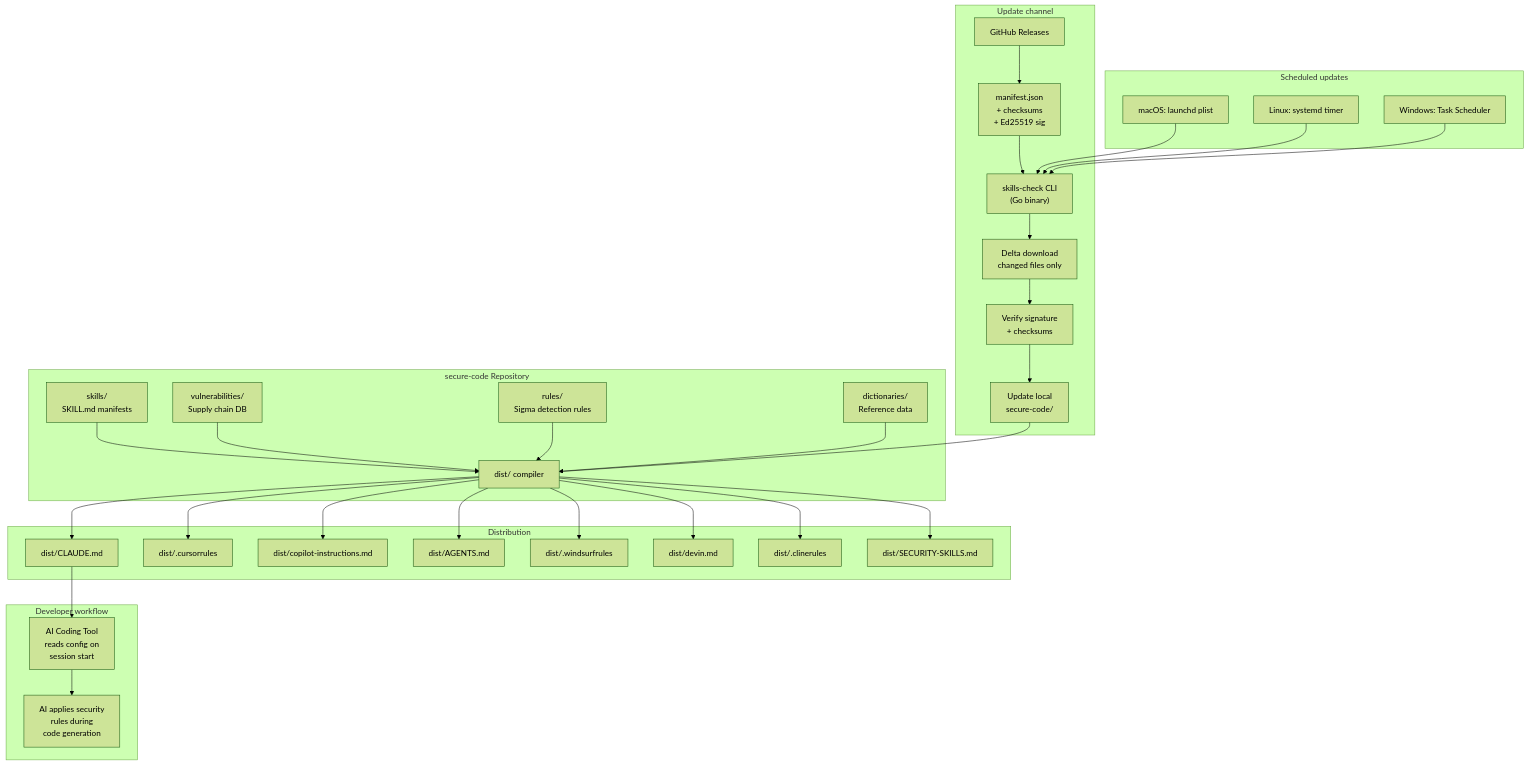
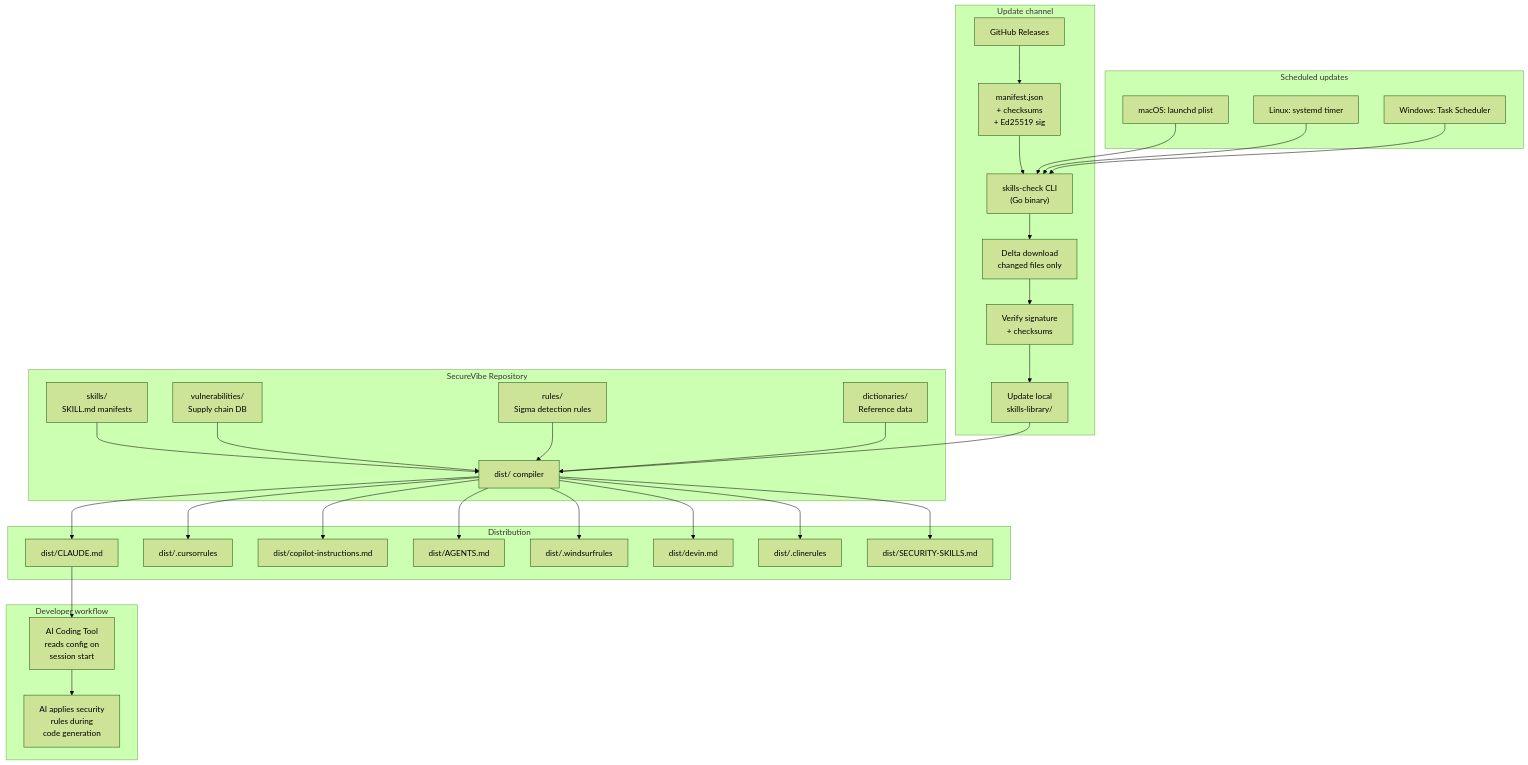
Before and after one commit to nguyencongnamit/skills-library: the first of 2 diagrams in ARCHITECTURE.md, drawn with Mermaid (forest theme). The commit also changed other lines of this file and 142 other files, not shown here.

First line of the commit message:
brand: complete SecureVibe rename across display text + internal labels

````diff
--- a/ARCHITECTURE.md
+++ b/ARCHITECTURE.md
@@ -10,40 +10,40 @@
 ```mermaid
 graph TD
-    subgraph "secure-code Repository"
+    subgraph "SecureVibe Repository"
         A["skills/<br/>SKILL.md manifests"] --> D["dist/ compiler"]
         B["vulnerabilities/<br/>Supply chain DB"] --> D
         C["rules/<br/>Sigma detection rules"] --> D
         E["dictionaries/<br/>Reference data"] --> D
     end
 
     subgraph "Distribution"
         D --> F["dist/CLAUDE.md"]
         D --> G["dist/.cursorrules"]
         D --> H["dist/copilot-instructions.md"]
         D --> I["dist/AGENTS.md"]
         D --> J["dist/.windsurfrules"]
         D --> K["dist/devin.md"]
         D --> L["dist/.clinerules"]
         D --> M["dist/SECURITY-SKILLS.md"]
     end
 
     subgraph "Update channel"
         N["GitHub Releases"] --> O["manifest.json<br/>+ checksums<br/>+ Ed25519 sig"]
         O --> P["skills-check CLI<br/>(Go binary)"]
         P --> Q["Delta download<br/>changed files only"]
         Q --> R["Verify signature<br/>+ checksums"]
-        R --> S["Update local<br/>secure-code/"]
+        R --> S["Update local<br/>skills-library/"]
         S --> D
     end
 
     subgraph "Scheduled updates"
         T["macOS: launchd plist"] --> P
         U["Linux: systemd timer"] --> P
         V["Windows: Task Scheduler"] --> P
     end
 
     subgraph "Developer workflow"
         F --> W["AI Coding Tool<br/>reads config on<br/>session start"]
         W --> X["AI applies security<br/>rules during<br/>code generation"]
     end
 ```
````
